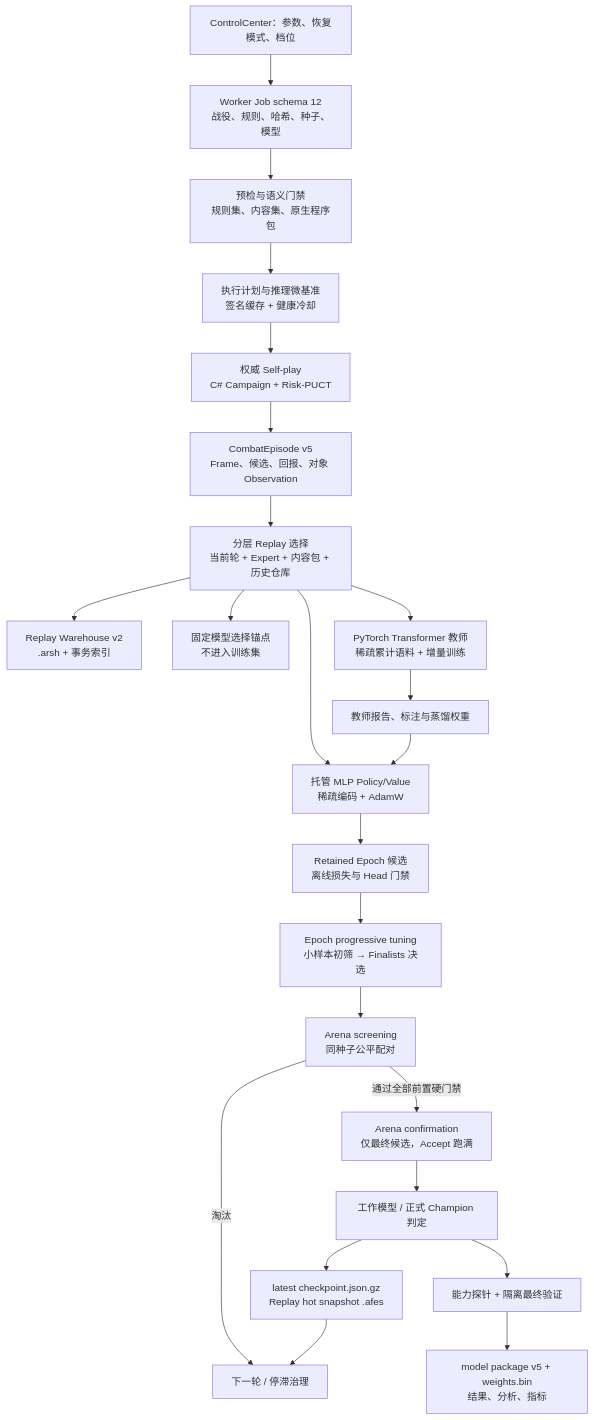
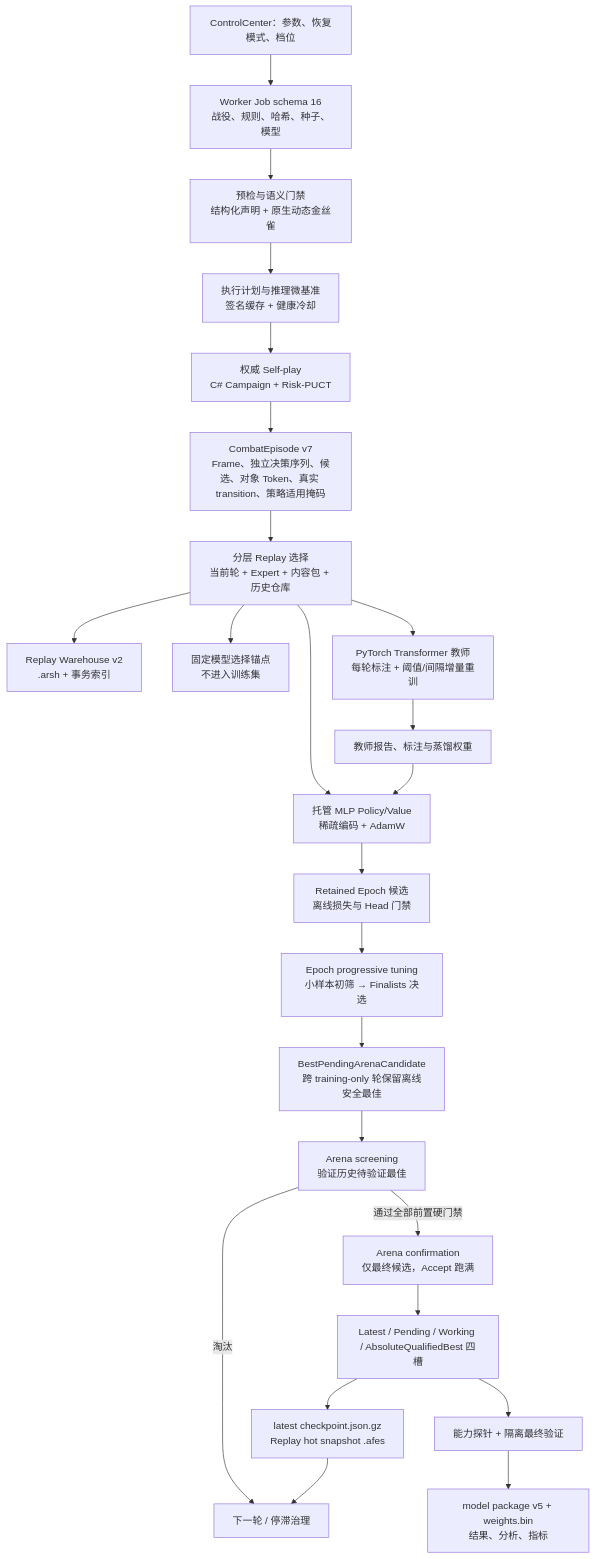
Before and after one commit to AuraKaliya/apocalyptic-journey-mod-SunExp: the diagram in docs/AuraCombatAI/13-独立底模训练器数据流与优化优先级.md, drawn with Mermaid. The commit also changed other lines of this file and 226 other files, not shown here.

````diff
--- a/docs/AuraCombatAI/13-独立底模训练器数据流与优化优先级.md
+++ b/docs/AuraCombatAI/13-独立底模训练器数据流与优化优先级.md
@@ -43,25 +43,26 @@
 ```mermaid
 flowchart TD
-    UI["ControlCenter：参数、恢复模式、档位"] --> JOB["Worker Job schema 12\n战役、规则、哈希、种子、模型"]
-    JOB --> PREFLIGHT["预检与语义门禁\n规则集、内容集、原生程序包"]
+    UI["ControlCenter：参数、恢复模式、档位"] --> JOB["Worker Job schema 16\n战役、规则、哈希、种子、模型"]
+    JOB --> PREFLIGHT["预检与语义门禁\n结构化声明 + 原生动态金丝雀"]
     PREFLIGHT --> CAL["执行计划与推理微基准\n签名缓存 + 健康冷却"]
     CAL --> SELFPLAY["权威 Self-play\nC# Campaign + Risk-PUCT"]
-    SELFPLAY --> EP["CombatEpisode v5\nFrame、候选、回报、对象 Observation"]
+    SELFPLAY --> EP["CombatEpisode v7\nFrame、独立决策序列、候选、对象 Token、真实 transition、策略适用掩码"]
     EP --> REPLAY["分层 Replay 选择\n当前轮 + Expert + 内容包 + 历史仓库"]
     REPLAY --> WAREHOUSE["Replay Warehouse v2\n.arsh + 事务索引"]
     REPLAY --> ANCHOR["固定模型选择锚点\n不进入训练集"]
-    REPLAY --> TEACHER["PyTorch Transformer 教师\n稀疏累计语料 + 增量训练"]
+    REPLAY --> TEACHER["PyTorch Transformer 教师\n每轮标注 + 阈值/间隔增量重训"]
     REPLAY --> MLP["托管 MLP Policy/Value\n稀疏编码 + AdamW"]
     TEACHER --> DISTILL["教师报告、标注与蒸馏权重"]
     DISTILL --> MLP
     MLP --> EPOCHS["Retained Epoch 候选\n离线损失与 Head 门禁"]
     EPOCHS --> TUNE["Epoch progressive tuning\n小样本初筛 → Finalists 决选"]
-    TUNE --> SCREEN["Arena screening\n同种子公平配对"]
+    TUNE --> PENDING["BestPendingArenaCandidate\n跨 training-only 轮保留离线安全最佳"]
+    PENDING --> SCREEN["Arena screening\n验证历史待验证最佳"]
     SCREEN -->|"通过全部前置硬门禁"| CONFIRM["Arena confirmation\n仅最终候选，Accept 跑满"]
     SCREEN -->|"淘汰"| NEXT["下一轮 / 停滞治理"]
-    CONFIRM --> PROMOTE["工作模型 / 正式 Champion 判定"]
+    CONFIRM --> PROMOTE["Latest / Pending / Working / AbsoluteQualifiedBest 四槽"]
     PROMOTE --> CKPT["latest checkpoint.json.gz\nReplay hot snapshot .afes"]
     CKPT --> NEXT
     PROMOTE --> FINAL["能力探针 + 隔离最终验证"]
     FINAL --> PACKAGE["model package v5 + weights.bin\n结果、分析、指标"]
 ```
````
